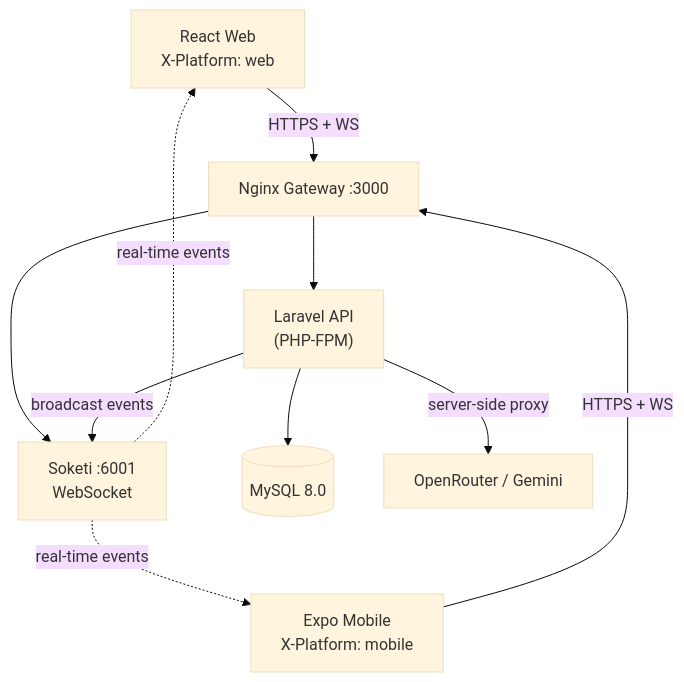
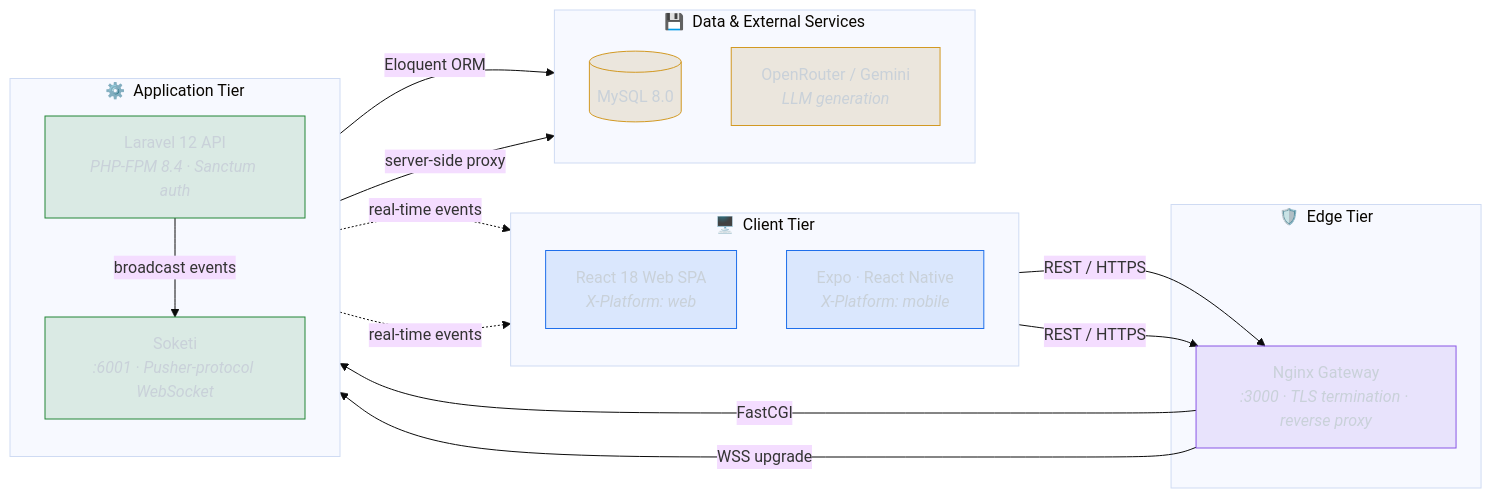
Before and after one commit to ijanvincent/cognivia: the diagram in README.md, drawn with Mermaid (base theme). The commit also changed other lines of this file, not shown here.

Commit message:
docs(readme): redesign architecture diagram with tiered layout

````diff
--- a/README.md
+++ b/README.md
@@ -164,20 +164,46 @@
 ```mermaid
-flowchart TD
-    Web["React Web<br/>X-Platform: web"]
-    Mobile["Expo Mobile<br/>X-Platform: mobile"]
-    GW["Nginx Gateway&nbsp;:3000"]
-    API["Laravel API<br/>(PHP-FPM)"]
-    Soketi["Soketi&nbsp;:6001<br/>WebSocket"]
-    DB[("MySQL 8.0")]
-    AI["OpenRouter / Gemini"]
+flowchart LR
+    subgraph clients["🖥️ &nbsp;Client Tier"]
+        direction TB
+        Web["React 18 Web SPA<br/><i>X-Platform: web</i>"]
+        Mobile["Expo · React Native<br/><i>X-Platform: mobile</i>"]
+    end
 
-    Web -->|HTTPS + WS| GW
-    Mobile -->|HTTPS + WS| GW
-    GW --> API
-    GW --> Soketi
-    API --> DB
-    API -->|broadcast events| Soketi
-    API -->|server-side proxy| AI
-    Soketi -.->|real-time events| Web
-    Soketi -.->|real-time events| Mobile
+    subgraph edge["🛡️ &nbsp;Edge Tier"]
+        GW["Nginx Gateway<br/><i>:3000 · TLS termination · reverse proxy</i>"]
+    end
+
+    subgraph app["⚙️ &nbsp;Application Tier"]
+        direction TB
+        API["Laravel 12 API<br/><i>PHP-FPM 8.4 · Sanctum auth</i>"]
+        Soketi["Soketi<br/><i>:6001 · Pusher-protocol WebSocket</i>"]
+    end
+
+    subgraph data["💾 &nbsp;Data &amp; External Services"]
+        direction TB
+        DB[("MySQL 8.0")]
+        AI["OpenRouter / Gemini<br/><i>LLM generation</i>"]
+    end
+
+    Web    -- "REST / HTTPS" --> GW
+    Mobile -- "REST / HTTPS" --> GW
+    GW     -- "FastCGI" --> API
+    GW     -- "WSS upgrade" --> Soketi
+
+    API -- "Eloquent ORM" --> DB
+    API -- "broadcast events" --> Soketi
+    API -- "server-side proxy" --> AI
+
+    Soketi -. "real-time events" .-> Web
+    Soketi -. "real-time events" .-> Mobile
+
+    classDef client fill:#1f6feb22,stroke:#1f6feb,stroke-width:1px,color:#c9d1d9;
+    classDef gateway fill:#8957e522,stroke:#8957e5,stroke-width:1px,color:#c9d1d9;
+    classDef service fill:#23863622,stroke:#238636,stroke-width:1px,color:#c9d1d9;
+    classDef store fill:#9e6a0322,stroke:#d29922,stroke-width:1px,color:#c9d1d9;
+
+    class Web,Mobile client;
+    class GW gateway;
+    class API,Soketi service;
+    class DB,AI store;
 ```
````
